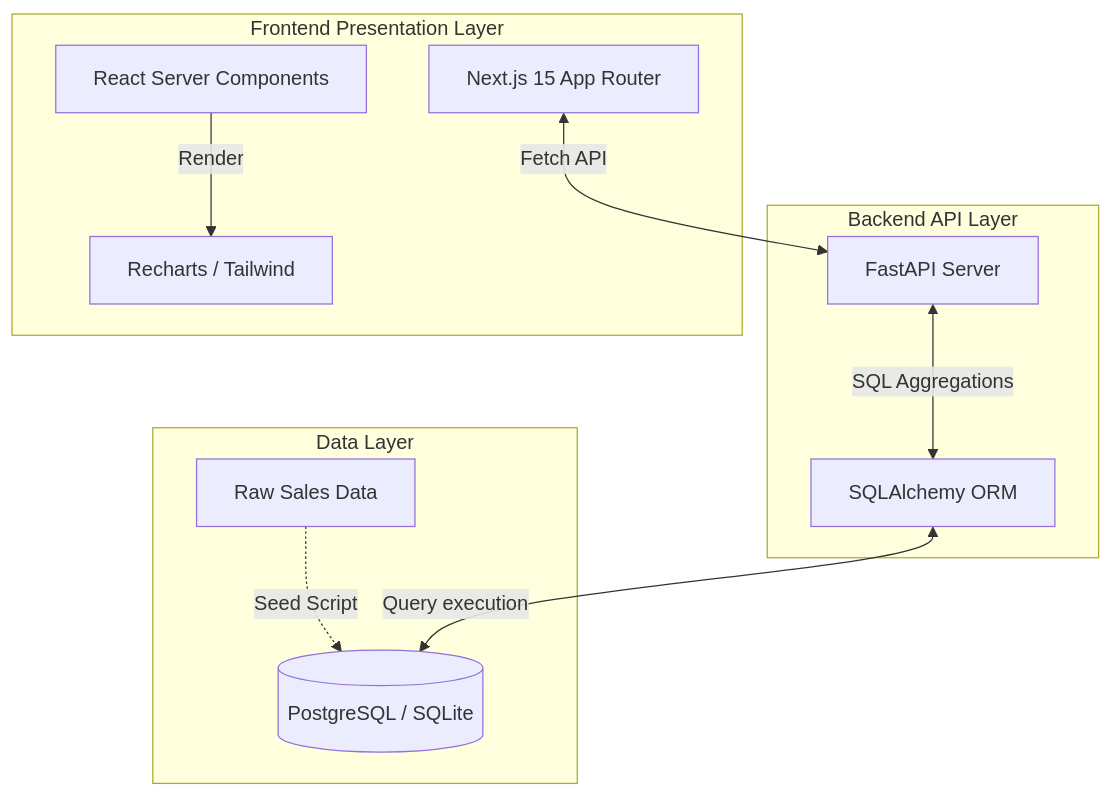
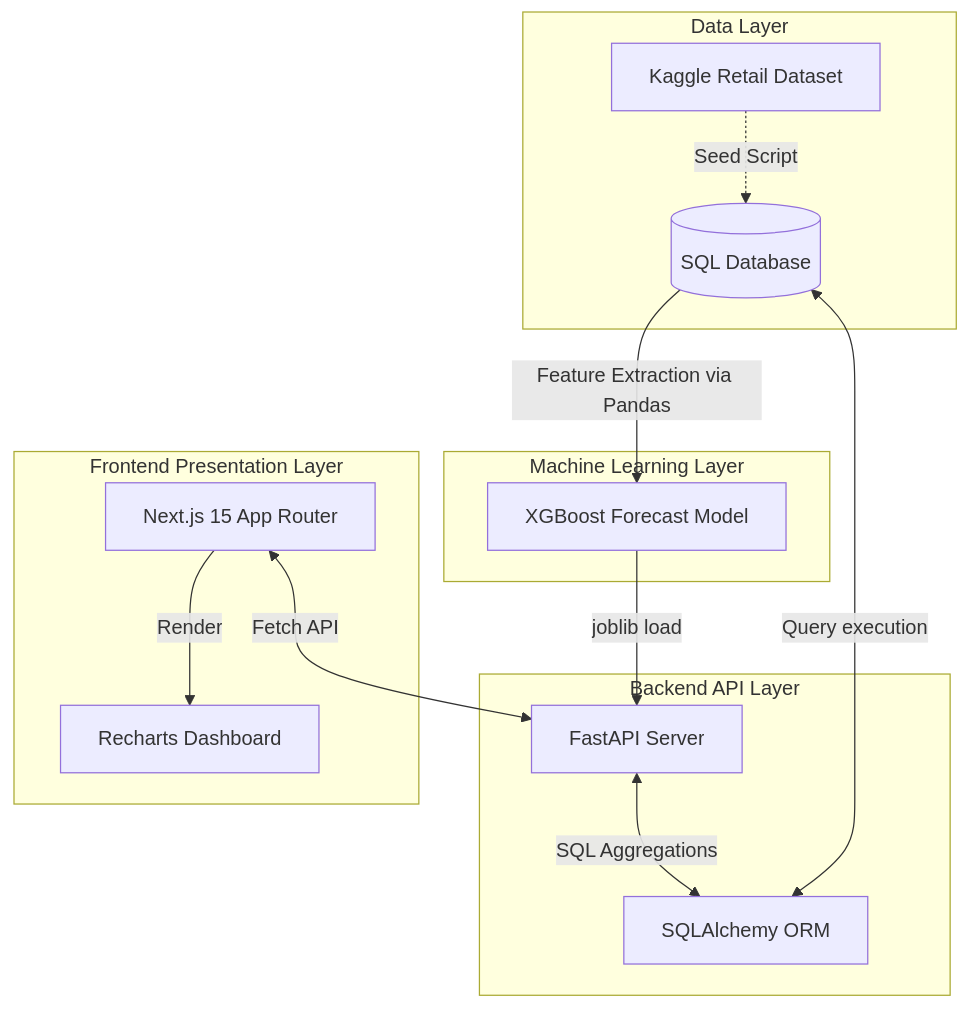
The diagram in README.md (vrindabindal12/Dashboard), drawn with Mermaid before and after one commit. The commit also changed other lines of this file, not shown here.

Commit message:
Rewrite README for ML and Data Analytics roles

````diff
--- a/README.md
+++ b/README.md
@@ -67,22 +47,27 @@
 ```mermaid
 graph TD
     subgraph Data Layer
-        DB[(PostgreSQL / SQLite)]
-        RawData[Raw Sales Data] -.-> |Seed Script| DB
+        DB[(SQL Database)]
+        RawData[Kaggle Retail Dataset] -.-> |Seed Script| DB
+    end
+
+    subgraph Machine Learning Layer
+        Model[XGBoost Forecast Model]
+        DB --> |Feature Extraction via Pandas| Model
     end
 
     subgraph Backend API Layer
         FA[FastAPI Server]
         ORM[SQLAlchemy ORM]
+        Model --> |joblib load| FA
         FA <--> |SQL Aggregations| ORM
         ORM <--> |Query execution| DB
     end
 
     subgraph Frontend Presentation Layer
         Next[Next.js 15 App Router]
-        RSC[React Server Components]
-        UI[Recharts / Tailwind]
+        UI[Recharts Dashboard]
         Next <--> |Fetch API| FA
-        RSC --> |Render| UI
+        Next --> |Render| UI
     end
 ```
````
